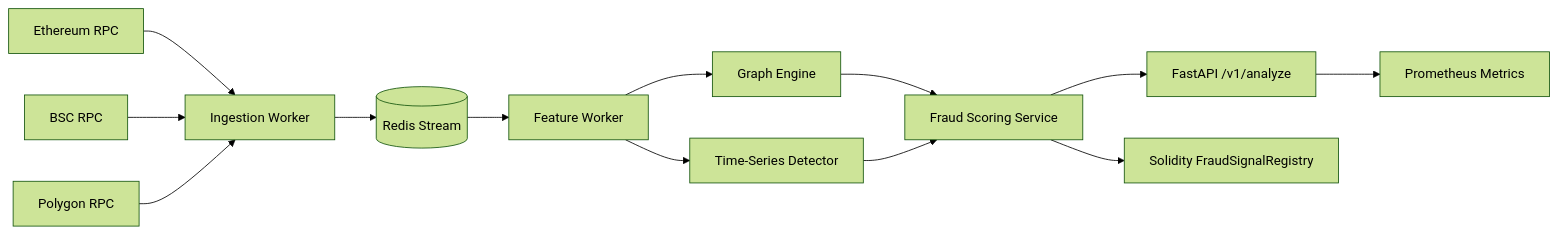
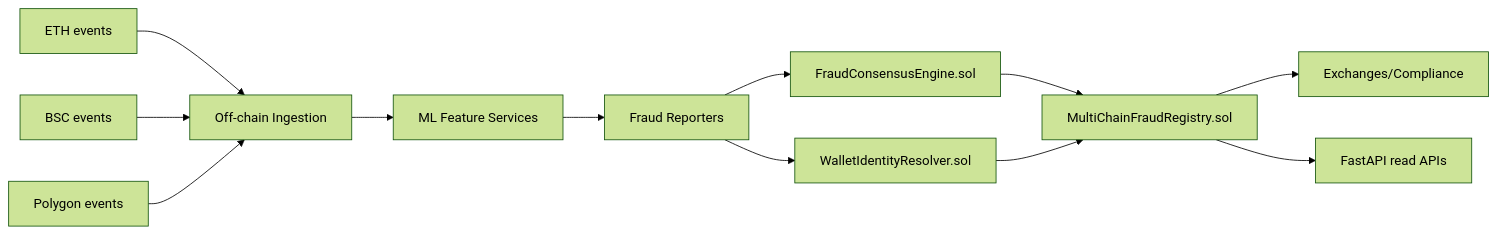
One commit to nathsgeorge/blockchain-fraud-detection changed the diagram in README.md. Above: the diagram before and after it, drawn with Mermaid (forest theme). The commit also changed other lines of this file and 14 other files, not shown here.

Commit message:
Shift architecture to Solidity-first fraud intelligence core

````diff
--- a/README.md
+++ b/README.md
@@ -13,15 +21,14 @@
 ```mermaid
 flowchart LR
-A[Ethereum RPC] --> I[Ingestion Worker]
-B[BSC RPC] --> I
-C[Polygon RPC] --> I
-I --> R[(Redis Stream)]
-R --> W[Feature Worker]
-W --> G[Graph Engine]
-W --> T[Time-Series Detector]
-G --> S[Fraud Scoring Service]
-T --> S
-S --> API[FastAPI /v1/analyze]
-S --> SC[Solidity FraudSignalRegistry]
-API --> O[Prometheus Metrics]
+E[ETH events] --> I[Off-chain Ingestion]
+B[BSC events] --> I
+P[Polygon events] --> I
+I --> M[ML Feature Services]
+M --> V[Fraud Reporters]
+V --> C[FraudConsensusEngine.sol]
+V --> R[WalletIdentityResolver.sol]
+C --> A[MultiChainFraudRegistry.sol]
+R --> A
+A --> X[Exchanges/Compliance]
+A --> API[FastAPI read APIs]
 ```
````
